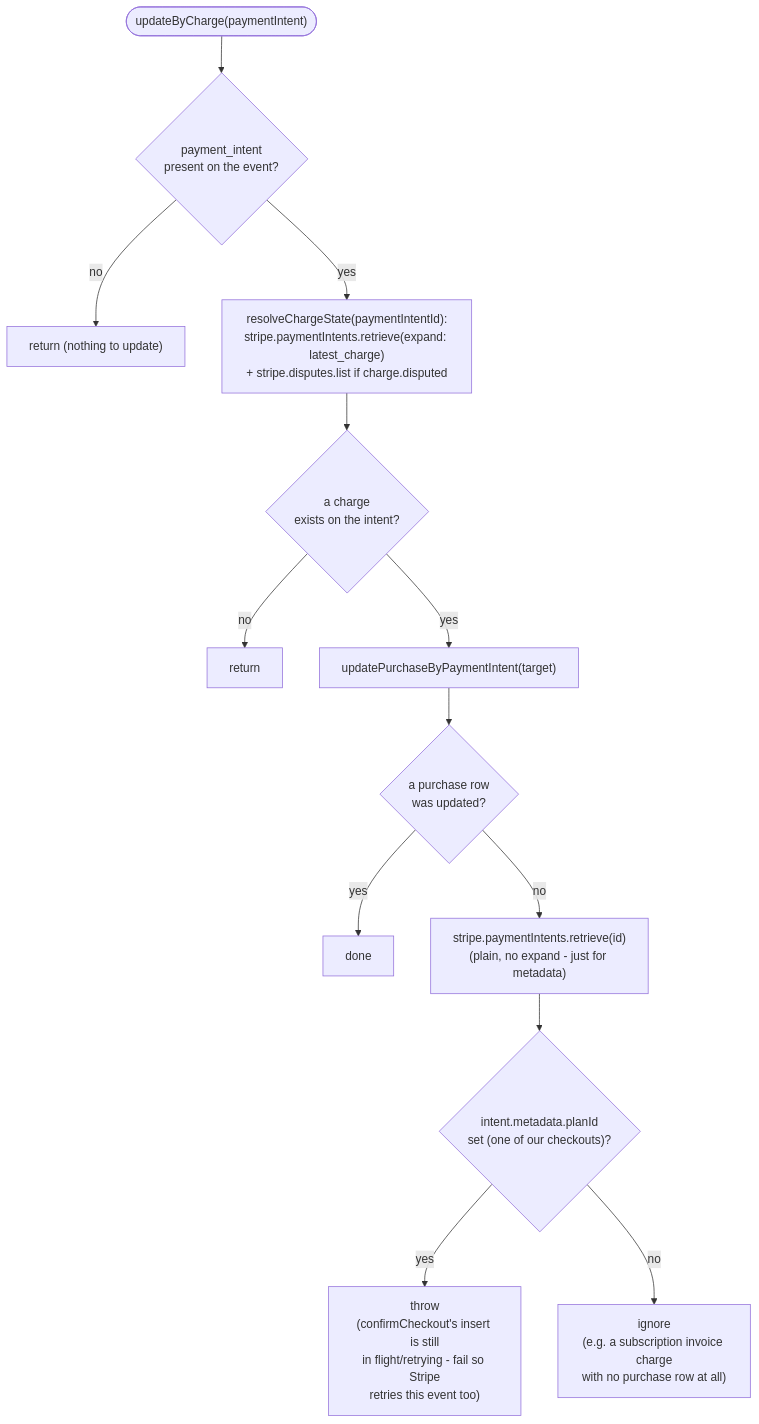
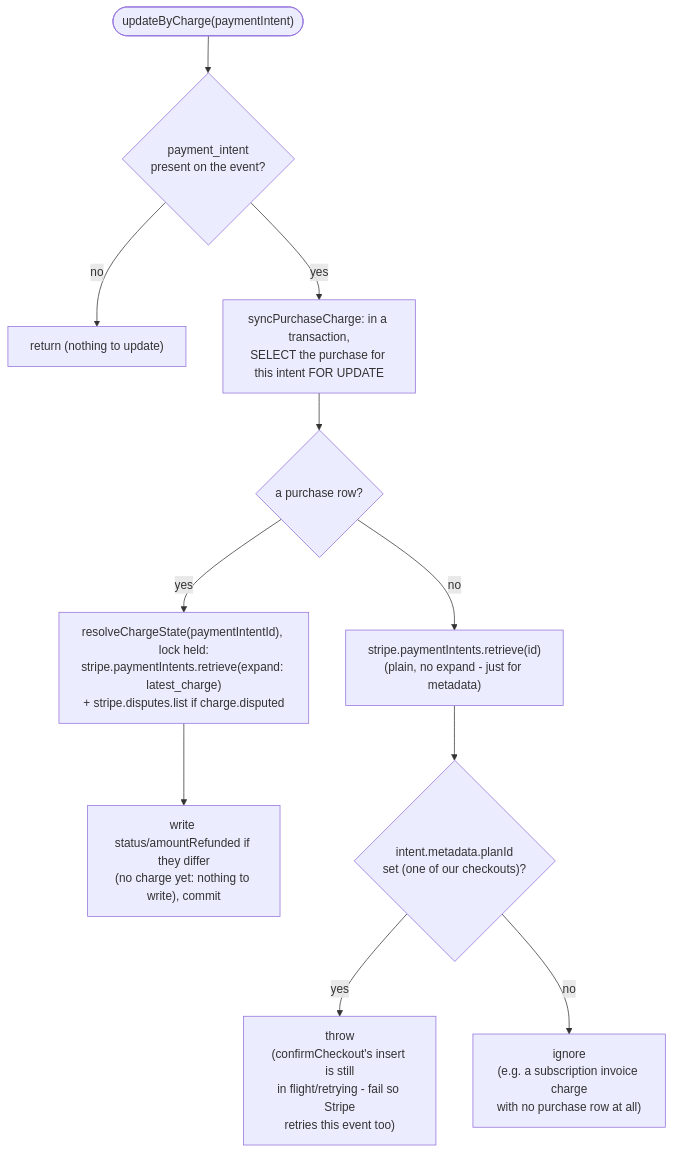
One commit to FranciscoAVD/backend changed the sixth of 9 diagrams in src/features/payments/CONTROL_FLOW.md. Above: the diagram before and after it, drawn with Mermaid. The commit also changed other lines of this file and 11 other files, not shown here.

First line of the commit message:
Lock a purchase row across its refund/dispute sync

````diff
--- a/src/features/payments/CONTROL_FLOW.md
+++ b/src/features/payments/CONTROL_FLOW.md
@@ -311,15 +319,13 @@
 ```mermaid
 flowchart TD
     Start(["updateByCharge(paymentIntent)"]) --> HasId{"payment_intent\npresent on the event?"}
     HasId -- no --> NoOp1["return (nothing to update)"]
-    HasId -- yes --> Resolve["resolveChargeState(paymentIntentId):\nstripe.paymentIntents.retrieve(expand: latest_charge)\n+ stripe.disputes.list if charge.disputed"]
-    Resolve --> HasCharge{"a charge\nexists on the intent?"}
-    HasCharge -- no --> NoOp2["return"]
-    HasCharge -- yes --> TryUpdate["updatePurchaseByPaymentIntent(target)"]
-    TryUpdate --> Updated{"a purchase row\nwas updated?"}
-    Updated -- yes --> Done["done"]
-    Updated -- no --> Retrieve["stripe.paymentIntents.retrieve(id)\n(plain, no expand - just for metadata)"]
+    HasId -- yes --> Lock["syncPurchaseCharge: in a transaction,\nSELECT the purchase for this intent FOR UPDATE"]
+    Lock --> Found{"a purchase row?"}
+    Found -- yes --> Resolve["resolveChargeState(paymentIntentId), lock held:\nstripe.paymentIntents.retrieve(expand: latest_charge)\n+ stripe.disputes.list if charge.disputed"]
+    Resolve --> Write["write status/amountRefunded if they differ\n(no charge yet: nothing to write), commit"]
+    Found -- no --> Retrieve["stripe.paymentIntents.retrieve(id)\n(plain, no expand - just for metadata)"]
     Retrieve --> OursButMissing{"intent.metadata.planId\nset (one of our checkouts)?"}
     OursButMissing -- yes --> Throw["throw\n(confirmCheckout's insert is still\nin flight/retrying - fail so Stripe\nretries this event too)"]
     OursButMissing -- no --> Ignore["ignore\n(e.g. a subscription invoice charge\nwith no purchase row at all)"]
 ```
````
